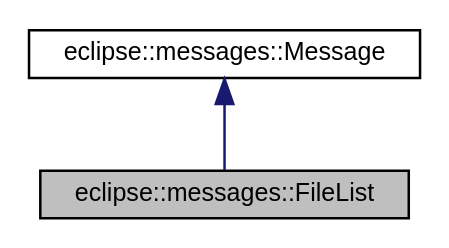
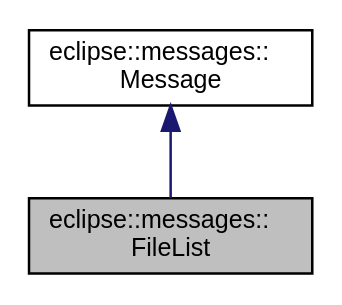
Before and after one commit to DICL/VeloxDFS: the diagram in structeclipse_1_1messages_1_1FileList__inherit__graph.dot, drawn with Graphviz. The commit also changed 615 other files, not shown here.

```diff
--- a/structeclipse_1_1messages_1_1FileList__inherit__graph.dot
+++ b/structeclipse_1_1messages_1_1FileList__inherit__graph.dot
@@ -1,8 +1,8 @@
-digraph G
+digraph "eclipse::messages::FileList"
 {
   edge [fontname="Helvetica",fontsize="10",labelfontname="Helvetica",labelfontsize="10"];
   node [fontname="Helvetica",fontsize="10",shape=record];
-  Node1 [label="eclipse::messages::FileList",height=0.2,width=0.4,color="black", fillcolor="grey75", style="filled" fontcolor="black"];
+  Node1 [label="eclipse::messages::\lFileList",height=0.2,width=0.4,color="black", fillcolor="grey75", style="filled" fontcolor="black"];
   Node2 -> Node1 [dir="back",color="midnightblue",fontsize="10",style="solid",fontname="Helvetica"];
-  Node2 [label="eclipse::messages::Message",height=0.2,width=0.4,color="black", fillcolor="white", style="filled",URL="$structeclipse_1_1messages_1_1Message.html"];
+  Node2 [label="eclipse::messages::\lMessage",height=0.2,width=0.4,color="black", fillcolor="white", style="filled",URL="$structeclipse_1_1messages_1_1Message.html"];
 }
```
